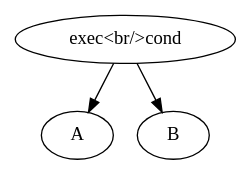
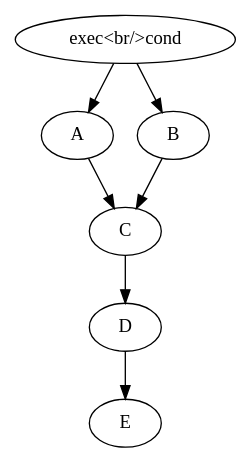
The first of 3 diagrams in docs/design.md (MichaelBelousov/graphl), drawn with Graphviz before and after one commit. The commit also changed other lines of this file, not shown here.

Commit message:
more thoughts on sequence conversion

````diff
--- a/docs/design.md
+++ b/docs/design.md
@@ -77,8 +77,11 @@
 ```dot
 digraph branch {
-  # FIXME: need internal nodes or something
   branch [label="exec<br/>cond"];
   branch -> A;
   branch -> B;
+  A -> C
+  B -> C
+  C -> D
+  D -> E
 }
 ```
````
